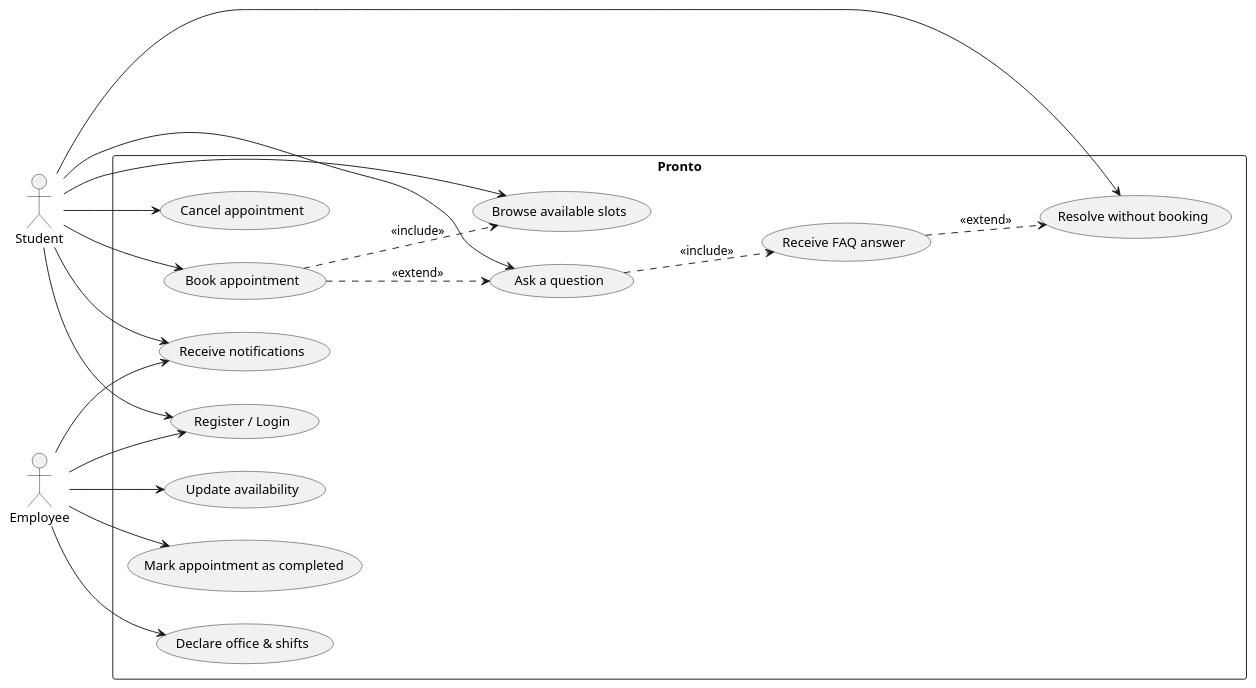
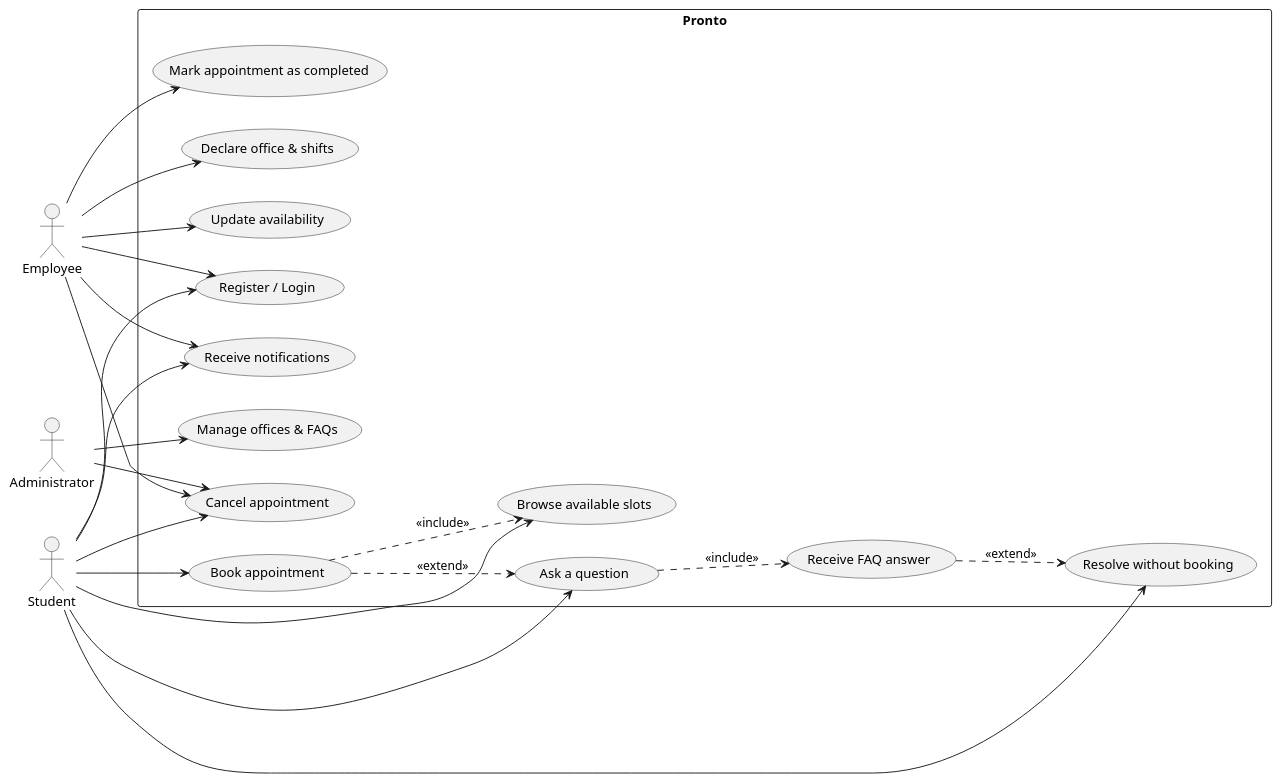
Before and after one commit to unibo-dtm-se-2526-PRONTO/report: the diagram in sections/02-requirements/assets/use-case-diagram.puml, drawn with PlantUML. The commit also changed 6 other files, not shown here.

Commit message:
update seq1 diagram

```diff
--- a/sections/02-requirements/assets/use-case-diagram.puml
+++ b/sections/02-requirements/assets/use-case-diagram.puml
@@ -1,39 +1,45 @@
 @startuml use-case-diagram
 left to right direction
 
 actor Student
 actor Employee
+actor Administrator as Admin
 
 rectangle Pronto {
     usecase "Register / Login" as UC1
     usecase "Declare office & shifts" as UC2
     usecase "Update availability" as UC3
     usecase "Ask a question" as UC4
     usecase "Receive FAQ answer" as UC5
     usecase "Resolve without booking" as UC5a
     usecase "Browse available slots" as UC6
     usecase "Book appointment" as UC7
     usecase "Cancel appointment" as UC8
     usecase "Mark appointment as completed" as UC9
     usecase "Receive notifications" as UC10
+    usecase "Manage offices & FAQs" as UC11
 }
 
 Student --> UC1
 Student --> UC4
 Student --> UC5a
 Student --> UC6
 Student --> UC7
 Student --> UC8
 Student --> UC10
 
 Employee --> UC1
 Employee --> UC2
 Employee --> UC3
+Employee --> UC8
 Employee --> UC9
 Employee --> UC10
+
+Admin --> UC8
+Admin --> UC11
 
 UC4 ..> UC5 : <<include>>
 UC5 ..> UC5a : <<extend>>
 UC7 ..> UC6 : <<include>>
 UC7 ..> UC4 : <<extend>>
 @enduml
```
